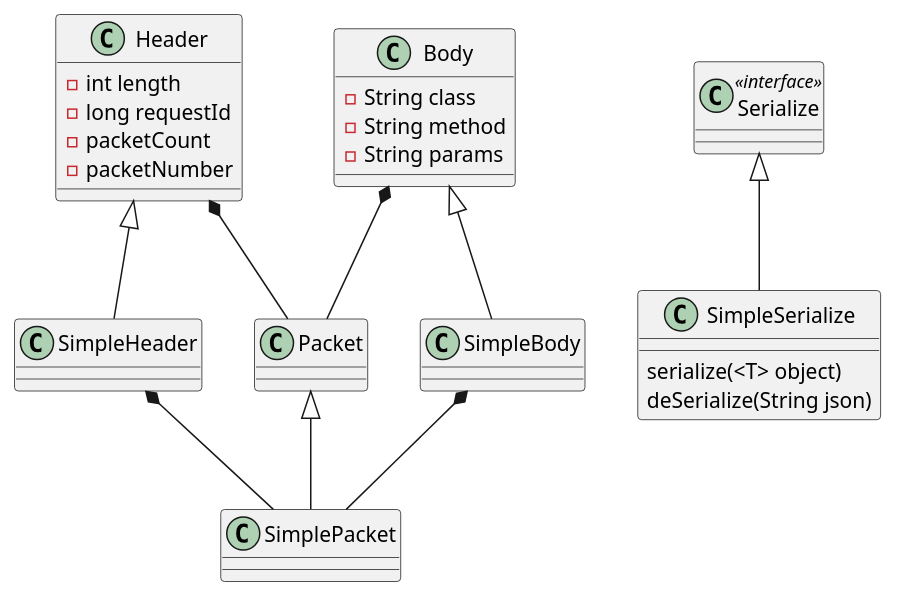
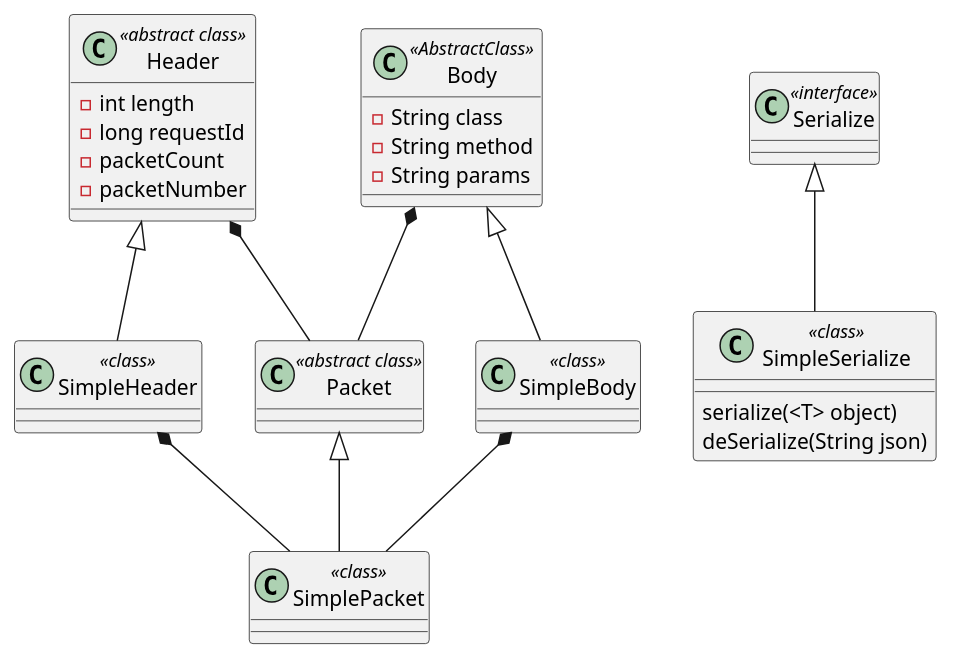
Before and after one commit to adanli/egg-rpc: the second of 3 diagrams in readme.md, drawn with PlantUML. The commit also changed other lines of this file, not shown here.

Commit message:
区分了各个uml类图中类的类型，包括接口、抽象类、实现类

````diff
--- a/readme.md
+++ b/readme.md
@@ -81,28 +84,32 @@
 ```puml
 @startuml
 Header *-- Packet
 Body *-- Packet
 Packet <|-- SimplePacket 
+class Packet <<abstract class>>
 Header <|-- SimpleHeader
 Body <|-- SimpleBody 
 SimpleHeader *-- SimplePacket
+class SimpleHeader <<class>>
 SimpleBody *-- SimplePacket
-class Header {
+class SimpleBody <<class>>
+class Header <<abstract class>>{
     {field} - int length
     {field} - long requestId
     {field} - packetCount
     {field} - packetNumber
 }
-class Body {
+class Body <<AbstractClass>>{
     {field} - String class
     {field} - String method
     {field} - String params
 }
+class SimplePacket <<class>>
 class Serialize <<interface>>
-class SimpleSerialize {
+class SimpleSerialize <<class>>{
     {method} serialize(<T> object)
     {method} deSerialize(String json)
 }
 Serialize <|-- SimpleSerialize
 @enduml
 ```
````
